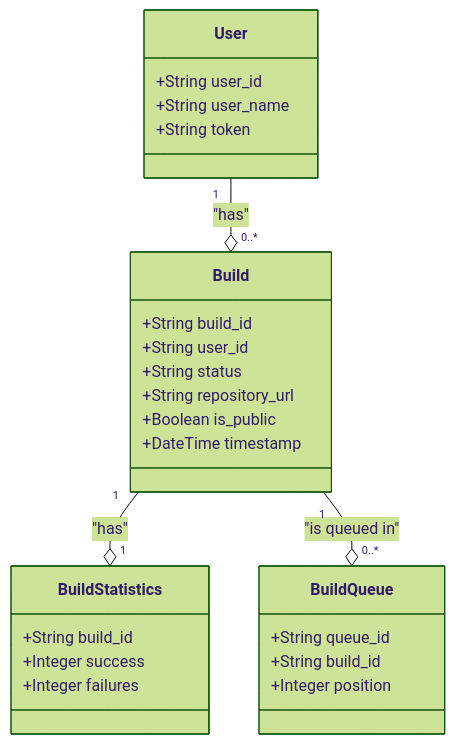
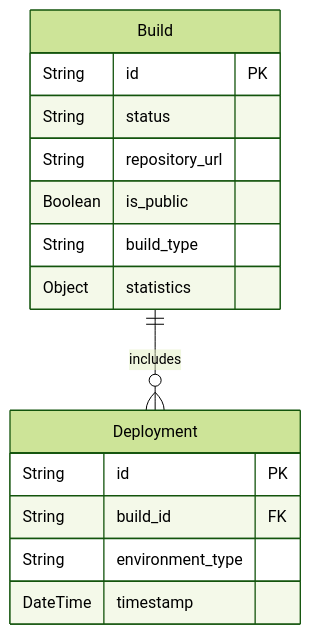
One commit to Ksenniya/quart-client-template changed the diagram in entity/entities_design.md. Above: the diagram before and after it, drawn with Mermaid (forest theme). The commit also changed other lines of this file, not shown here.

````diff
--- a/entity/entities_design.md
+++ b/entity/entities_design.md
@@ -74,33 +23,20 @@
 ```mermaid
-classDiagram
-    class User {
-        +String user_id
-        +String user_name
-        +String token
+erDiagram
+    Build {
+        String id PK
+        String status
+        String repository_url
+        Boolean is_public
+        String build_type
+        Object statistics
     }
 
-    class Build {
-        +String build_id
-        +String user_id
-        +String status
-        +String repository_url
-        +Boolean is_public
-        +DateTime timestamp
+    Deployment {
+        String id PK
+        String build_id FK
+        String environment_type
+        DateTime timestamp
     }
 
-    class BuildStatistics {
-        +String build_id
-        +Integer success
-        +Integer failures
-    }
-
-    class BuildQueue {
-        +String queue_id
-        +String build_id
-        +Integer position
-    }
-
-    User "1" --o "0..*" Build : "has"
-    Build "1" --o "1" BuildStatistics : "has"
-    Build "1" --o "0..*" BuildQueue : "is queued in"
+    Build ||--o{ Deployment : "includes"
 ```
````
